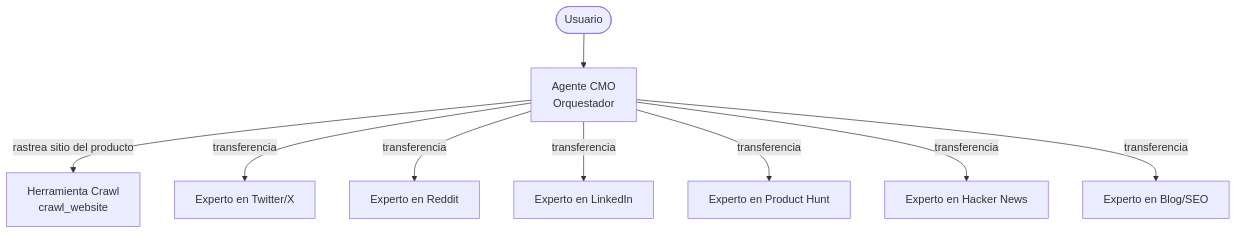
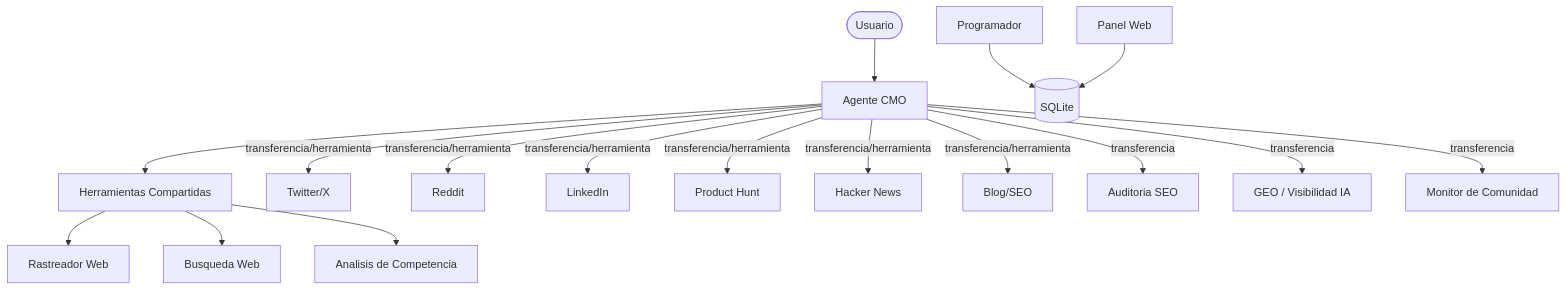
One commit to chancat87/OpenCMO changed the diagram in README_es.md. Above: the diagram before and after it, drawn with Mermaid. The commit also changed other lines of this file and 40 other files, not shown here.

First line of the commit message:
feat: v3 — storage, CWV/Schema SEO, 5-platform GEO, scheduler, web dashboard

````diff
--- a/README_es.md
+++ b/README_es.md
@@ -41,12 +67,22 @@
 ```mermaid
 graph TD
-    User([Usuario]) --> CMO[Agente CMO <br/> Orquestador]
-    CMO -- rastrea sitio del producto --> Crawl[Herramienta Crawl <br/> crawl_website]
-    
-    CMO -- transferencia --> X[Experto en Twitter/X]
-    CMO -- transferencia --> Reddit[Experto en Reddit]
-    CMO -- transferencia --> LinkedIn[Experto en LinkedIn]
-    CMO -- transferencia --> PH[Experto en Product Hunt]
-    CMO -- transferencia --> HN[Experto en Hacker News]
-    CMO -- transferencia --> Blog[Experto en Blog/SEO]
+    User([Usuario]) --> CMO[Agente CMO]
+
+    CMO --> Tools[Herramientas Compartidas]
+    Tools --> Crawl[Rastreador Web]
+    Tools --> Search[Busqueda Web]
+    Tools --> Competitor[Analisis de Competencia]
+
+    CMO -- transferencia/herramienta --> Twitter[Twitter/X]
+    CMO -- transferencia/herramienta --> Reddit[Reddit]
+    CMO -- transferencia/herramienta --> LinkedIn[LinkedIn]
+    CMO -- transferencia/herramienta --> PH[Product Hunt]
+    CMO -- transferencia/herramienta --> HN[Hacker News]
+    CMO -- transferencia/herramienta --> Blog[Blog/SEO]
+    CMO -- transferencia --> SEO[Auditoria SEO]
+    CMO -- transferencia --> GEO[GEO / Visibilidad IA]
+    CMO -- transferencia --> Community[Monitor de Comunidad]
+
+    Scheduler[Programador] --> DB[(SQLite)]
+    WebDash[Panel Web] --> DB
 ```
````
